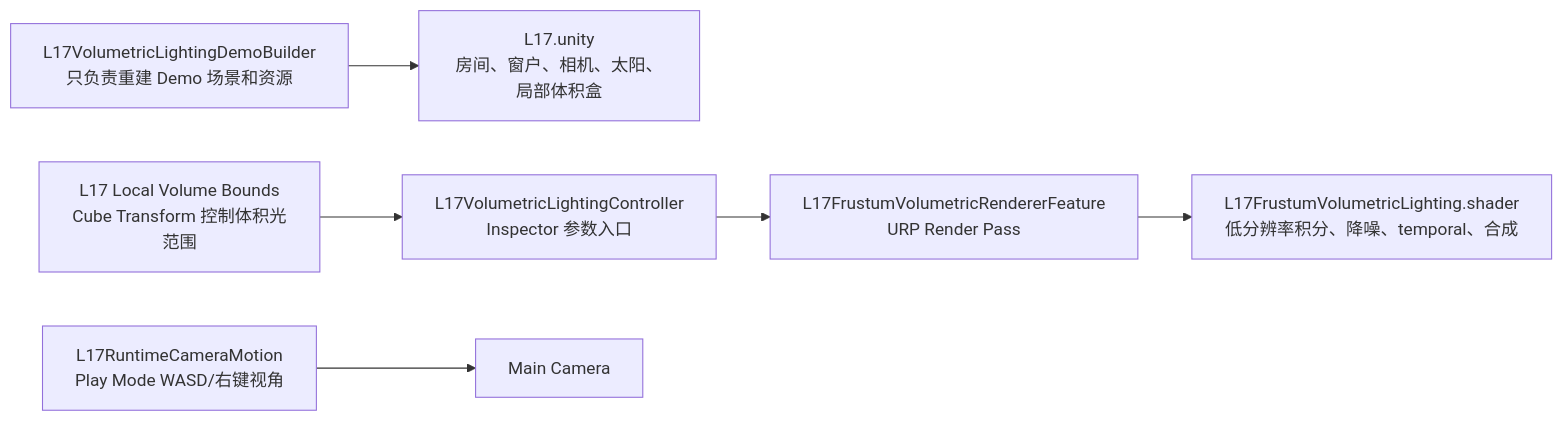
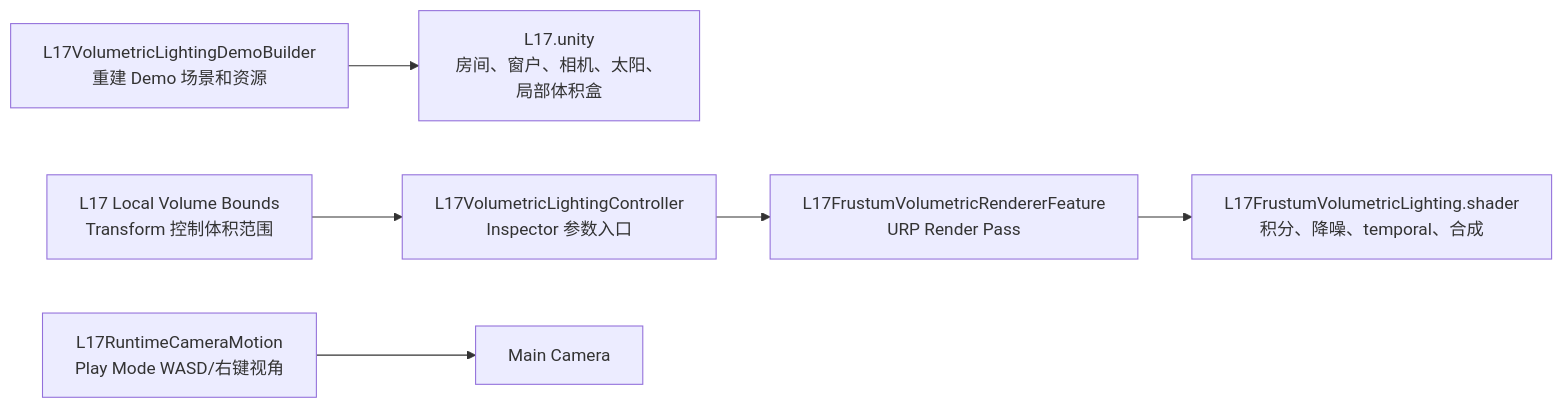
One commit to Zzulin/unity-project01 changed the diagram in URP1/Assets/L17 Volumetric Lighting/Docs/L17_ModernVolumetricLighting_Workflow.md. Above: the diagram before and after it, drawn with Mermaid. The commit also changed other lines of this file and 10 other files, not shown here.

````diff
--- a/URP1/Assets/L17 Volumetric Lighting/Docs/L17_ModernVolumetricLighting_Workflow.md
+++ b/URP1/Assets/L17 Volumetric Lighting/Docs/L17_ModernVolumetricLighting_Workflow.md
@@ -31,8 +380,8 @@
 ```mermaid
 flowchart LR
-    Builder["L17VolumetricLightingDemoBuilder<br/>只负责重建 Demo 场景和资源"] --> Scene["L17.unity<br/>房间、窗户、相机、太阳、局部体积盒"]
-    Controller["L17VolumetricLightingController<br/>Inspector 参数入口"] --> Feature["L17FrustumVolumetricRendererFeature<br/>URP Render Pass"]
-    Bounds["L17 Local Volume Bounds<br/>Cube Transform 控制体积光范围"] --> Controller
+    Builder["L17VolumetricLightingDemoBuilder<br/>重建 Demo 场景和资源"] --> Scene["L17.unity<br/>房间、窗户、相机、太阳、局部体积盒"]
+    Bounds["L17 Local Volume Bounds<br/>Transform 控制体积范围"] --> Controller["L17VolumetricLightingController<br/>Inspector 参数入口"]
+    Controller --> Feature["L17FrustumVolumetricRendererFeature<br/>URP Render Pass"]
     CameraMotion["L17RuntimeCameraMotion<br/>Play Mode WASD/右键视角"] --> Camera["Main Camera"]
-    Feature --> Shader["L17FrustumVolumetricLighting.shader<br/>低分辨率积分、降噪、temporal、合成"]
+    Feature --> Shader["L17FrustumVolumetricLighting.shader<br/>积分、降噪、temporal、合成"]
 ```
````
